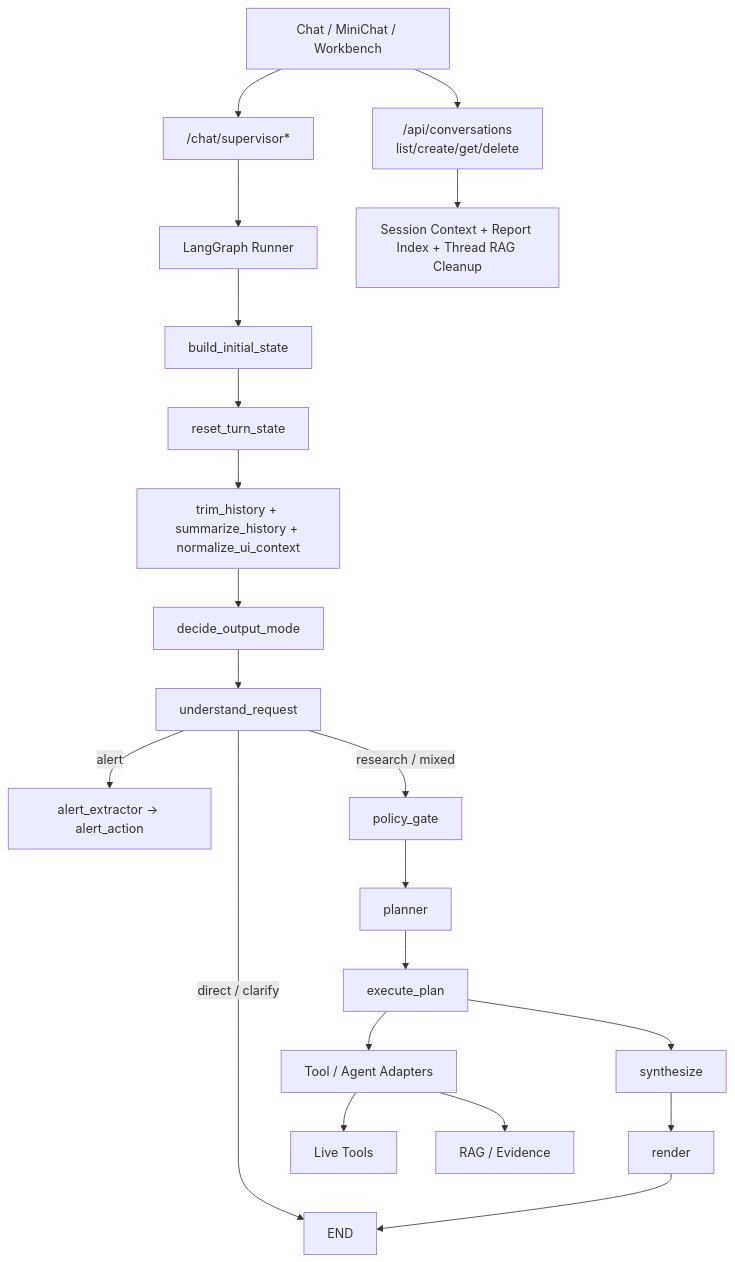
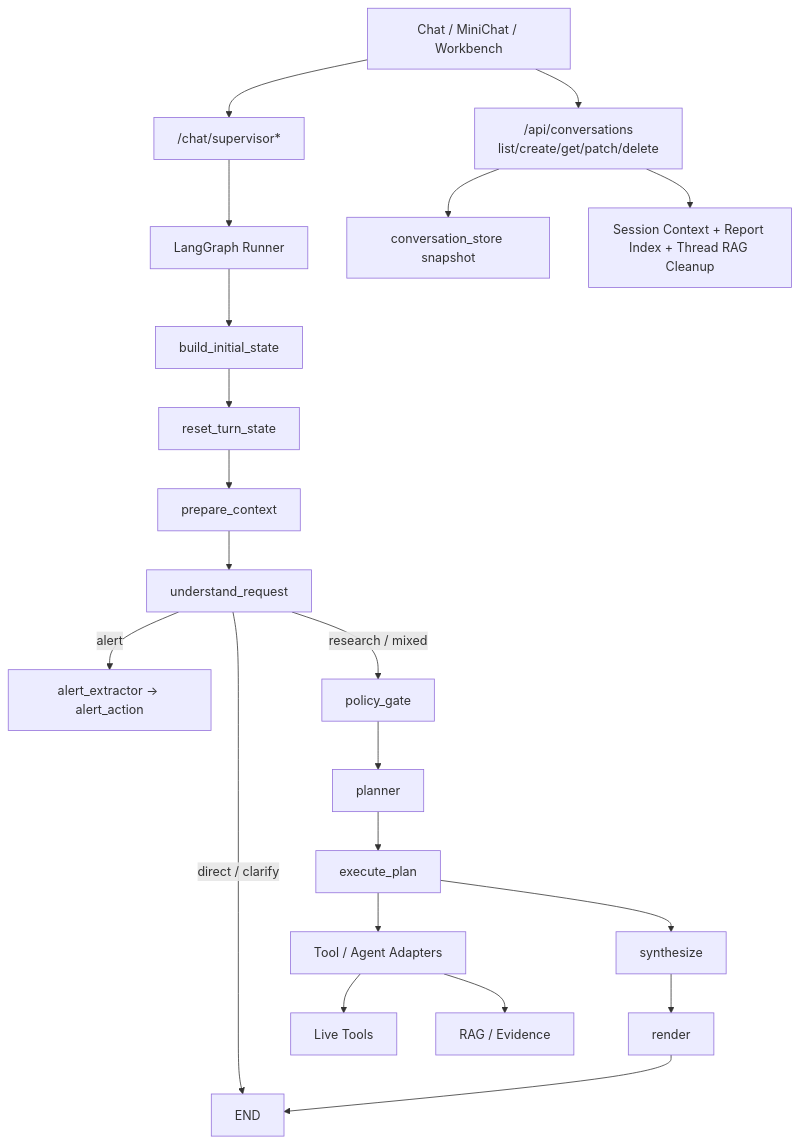
One commit to kkkano/FinSight changed the first of 4 diagrams in docs/06a_LANGGRAPH_DESIGN_SPEC.md. Above: the diagram before and after it, drawn with Mermaid. The commit also changed other lines of this file and 13 other files, not shown here.

Commit message:
docs: finalize request understanding architecture

````diff
--- a/docs/06a_LANGGRAPH_DESIGN_SPEC.md
+++ b/docs/06a_LANGGRAPH_DESIGN_SPEC.md
@@ -41,23 +41,23 @@
 ```mermaid
 flowchart TD
   UI[Chat / MiniChat / Workbench] --> CHAT["/chat/supervisor*"]
-  UI --> CONV["/api/conversations<br/>list/create/get/delete"]
+  UI --> CONV["/api/conversations<br/>list/create/get/patch/delete"]
   CHAT --> RUNNER[LangGraph Runner]
   RUNNER --> INIT[build_initial_state]
   INIT --> RESET[reset_turn_state]
-  RESET --> HISTORY[trim_history + summarize_history + normalize_ui_context]
-  HISTORY --> MODE[decide_output_mode]
-  MODE --> UNDERSTAND[understand_request]
+  RESET --> PREPARE[prepare_context]
+  PREPARE --> UNDERSTAND[understand_request]
   UNDERSTAND -->|direct / clarify| ENDNODE[END]
   UNDERSTAND -->|alert| ALERT[alert_extractor -> alert_action]
   UNDERSTAND -->|research / mixed| POLICY[policy_gate]
   POLICY --> PLAN[planner]
   PLAN --> EXEC[execute_plan]
   EXEC --> SYNTH[synthesize]
   SYNTH --> RENDER[render]
   RENDER --> ENDNODE
   EXEC --> TOOLS[Tool / Agent Adapters]
   TOOLS --> LIVE[Live Tools]
   TOOLS --> RAG[RAG / Evidence]
+  CONV --> SNAPSHOT[conversation_store snapshot]
   CONV --> CTX[Session Context + Report Index + Thread RAG Cleanup]
 ```
````
